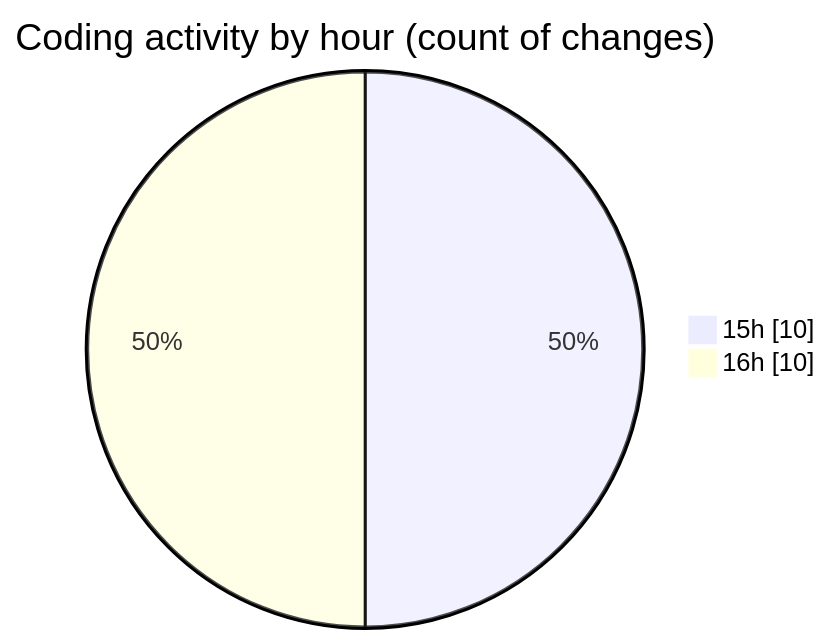
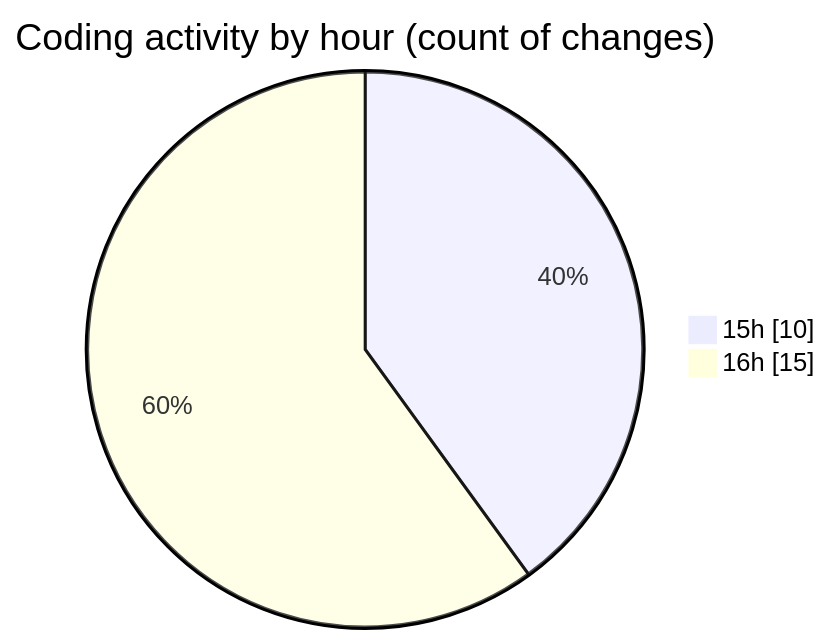
One commit to Ritupan-Deka/code-tracking changed the second of 2 diagrams in 2025-06-26/webapp/README.md. Above: the diagram before and after it, drawn with Mermaid. The commit also changed other lines of this file and 1 other file, not shown here.

````diff
--- a/2025-06-26/webapp/README.md
+++ b/2025-06-26/webapp/README.md
@@ -36,6 +36,6 @@
 ```mermaid
 pie showData
 title Coding activity by hour (count of changes)
 "15h" : 10
-"16h" : 10
+"16h" : 15
 ```
````
